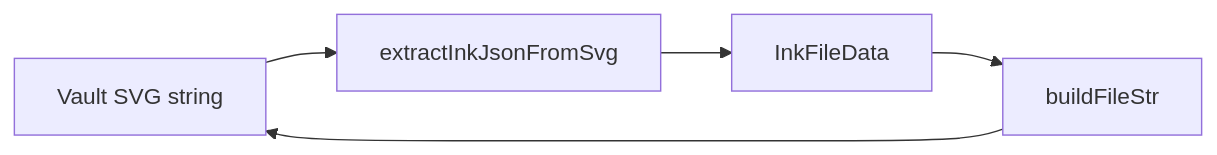
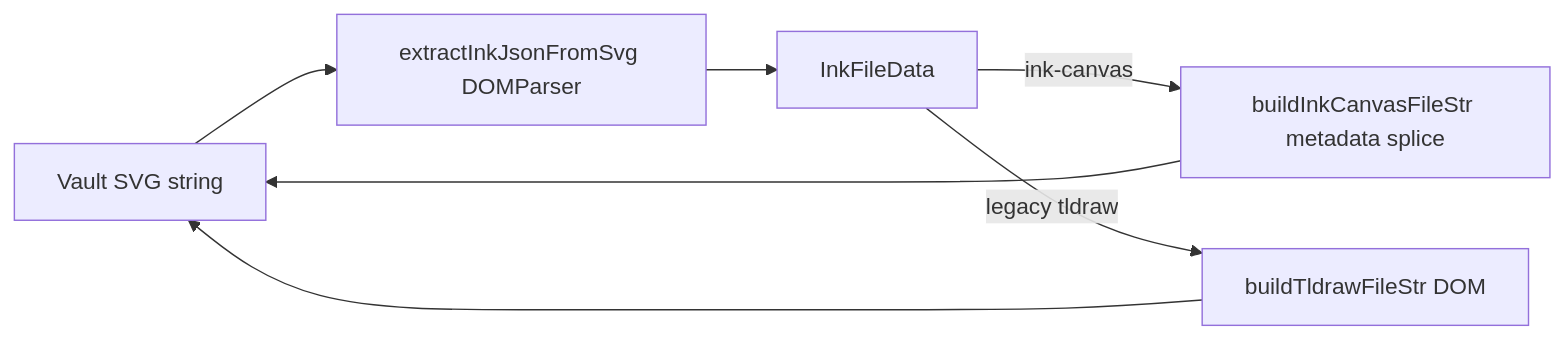
Before and after one commit to daledesilva/obsidian_ink: the first of 4 diagrams in docs/file-format-and-conversion.md, drawn with Mermaid. The commit also changed other lines of this file and 12 other files, not shown here.

Commit message:
documented: Captured large ink-canvas attachment performance and dark Reading fallbacks from PR #204. Added maintainer context comments so autosave quiet-period and metadata-only save contracts stay intact.

````diff
--- a/docs/file-format-and-conversion.md
+++ b/docs/file-format-and-conversion.md
@@ -41,10 +41,13 @@
 ```mermaid
 flowchart LR
   VaultSvg[Vault SVG string]
-  Extract[extractInkJsonFromSvg]
-  Build[buildFileStr]
+  Extract[extractInkJsonFromSvg DOMParser]
+  BuildInk[buildInkCanvasFileStr metadata splice]
+  BuildTl[buildTldrawFileStr DOM]
   VaultSvg --> Extract
   Extract --> InkData[InkFileData]
-  InkData --> Build
-  Build --> VaultSvg
+  InkData -->|ink-canvas| BuildInk
+  InkData -->|legacy tldraw| BuildTl
+  BuildInk --> VaultSvg
+  BuildTl --> VaultSvg
 ```
````
